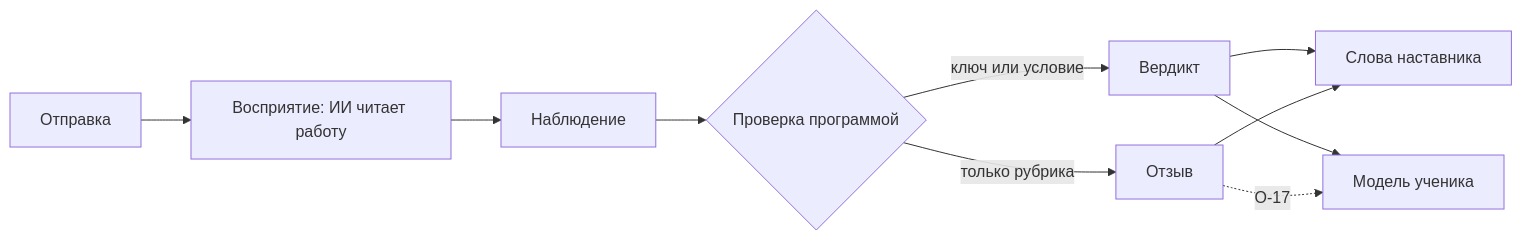
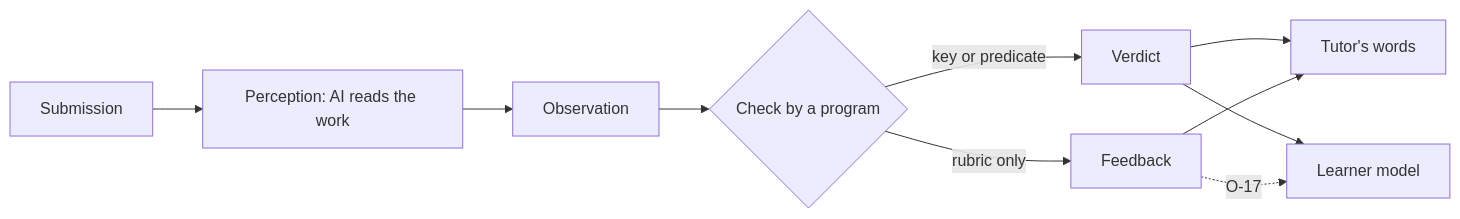
Before and after one commit to altnovatrail/spec: the second of 2 diagrams in docs/concepts.md, drawn with Mermaid. The commit also changed other lines of this file and 8 other files, not shown here.

````diff
--- a/docs/concepts.md
+++ b/docs/concepts.md
@@ -250,12 +250,12 @@
 ```mermaid
 flowchart LR
-    S["Отправка"] --> P["Восприятие: ИИ читает работу"]
-    P --> O["Наблюдение"]
-    O --> C{"Проверка программой"}
-    C -->|"ключ или условие"| V["Вердикт"]
-    C -->|"только рубрика"| F["Отзыв"]
-    V --> T["Слова наставника"]
+    S["Submission"] --> P["Perception: AI reads the work"]
+    P --> O["Observation"]
+    O --> C{"Check by a program"}
+    C -->|"key or predicate"| V["Verdict"]
+    C -->|"rubric only"| F["Feedback"]
+    V --> T["Tutor's words"]
     F --> T
-    V --> M["Модель ученика"]
+    V --> M["Learner model"]
     F -.->|"О-17"| M
 ```
````
